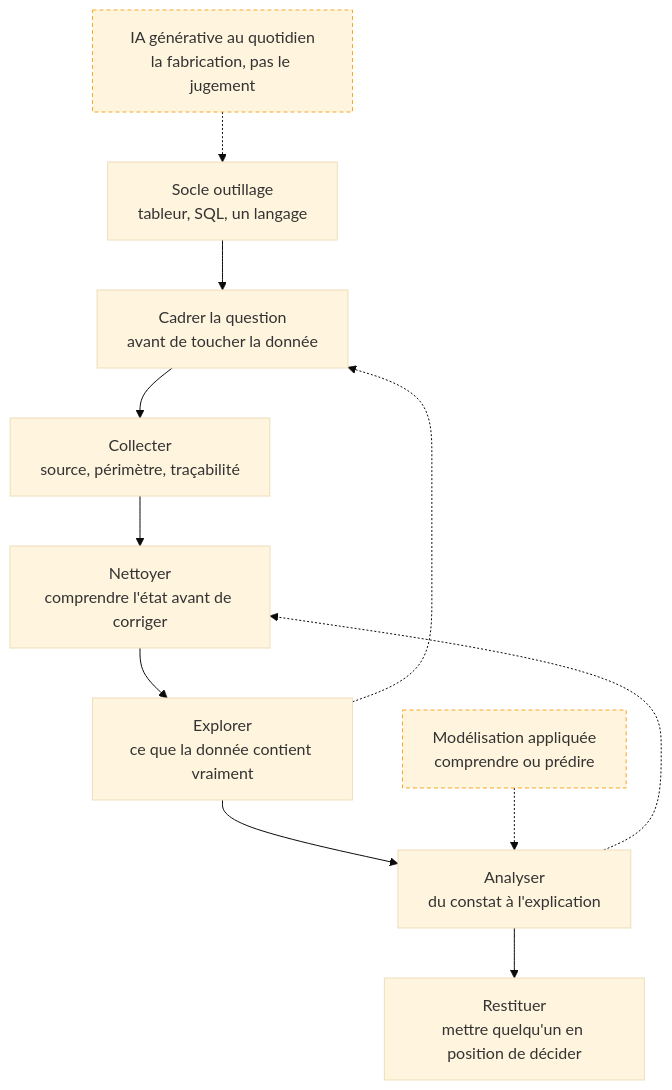
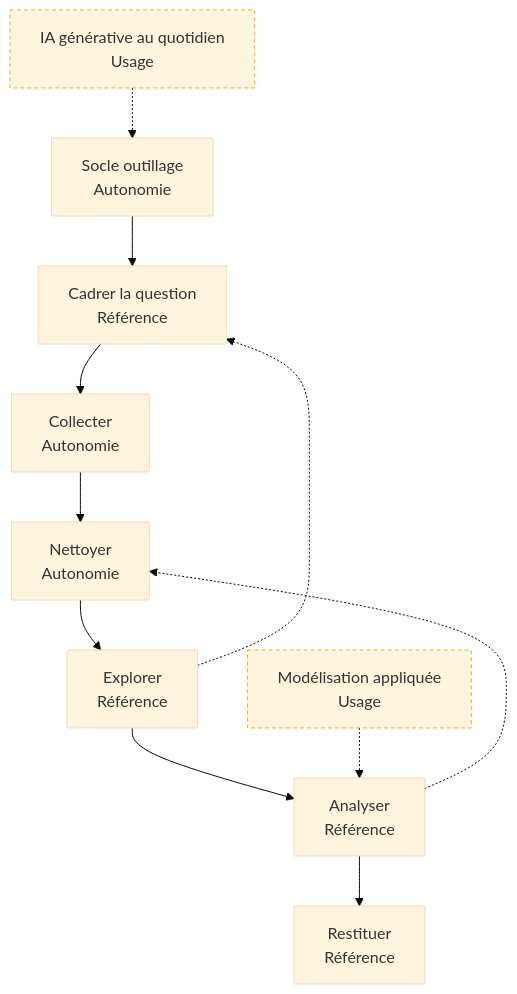
The diagram in content/parcours/data-analyst/index.md (floSa/Atlas-Metiers-Roadmaps), drawn with Mermaid (base theme) before and after one commit. The commit also changed other lines of this file and 20 other files, not shown here.

````diff
--- a/content/parcours/data-analyst/index.md
+++ b/content/parcours/data-analyst/index.md
@@ -17,26 +17,26 @@
 ```mermaid
 flowchart TD
-  S["Socle outillage<br/>tableur, SQL, un langage"] --> Q["Cadrer la question<br/>avant de toucher la donnée"]
-  Q --> C["Collecter<br/>source, périmètre, traçabilité"]
-  C --> N["Nettoyer<br/>comprendre l'état avant de corriger"]
-  N --> E["Explorer<br/>ce que la donnée contient vraiment"]
-  E --> A["Analyser<br/>du constat à l'explication"]
-  A --> R["Restituer<br/>mettre quelqu'un en position de décider"]
-  M["Modélisation appliquée<br/>comprendre ou prédire"] -.-> A
-  G["IA générative au quotidien<br/>la fabrication, pas le jugement"] -.-> S
+  S["Socle outillage<br/>Autonomie"] --> Q["Cadrer la question<br/>Référence"]
+  Q --> C["Collecter<br/>Autonomie"]
+  C --> N["Nettoyer<br/>Autonomie"]
+  N --> E["Explorer<br/>Référence"]
+  E --> A["Analyser<br/>Référence"]
+  A --> R["Restituer<br/>Référence"]
+  M["Modélisation appliquée<br/>Usage"] -.-> A
+  G["IA générative au quotidien<br/>Usage"] -.-> S
   E -.-> Q
   A -.-> N
 
   click S "/parcours/data-analyst/socle-outillage"
   click Q "/parcours/data-analyst/cadrer-la-question"
   click C "/parcours/data-analyst/collecter"
   click N "/parcours/data-analyst/nettoyer"
   click E "/parcours/data-analyst/explorer"
   click A "/parcours/data-analyst/analyser"
   click R "/parcours/data-analyst/restituer"
   click M "/parcours/data-analyst/modelisation-appliquee"
   click G "/parcours/data-analyst/ia-generative"
 
   classDef transverse stroke:#f9a825,stroke-width:1px,stroke-dasharray:4 3
   class M,G transverse
 ```
````
